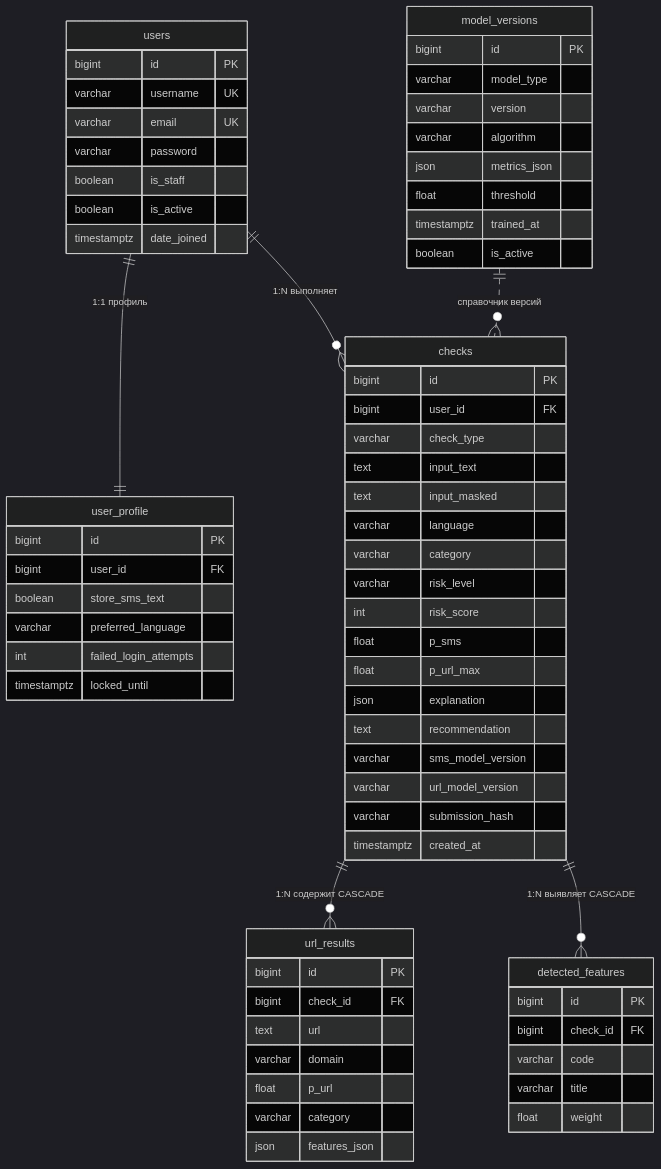
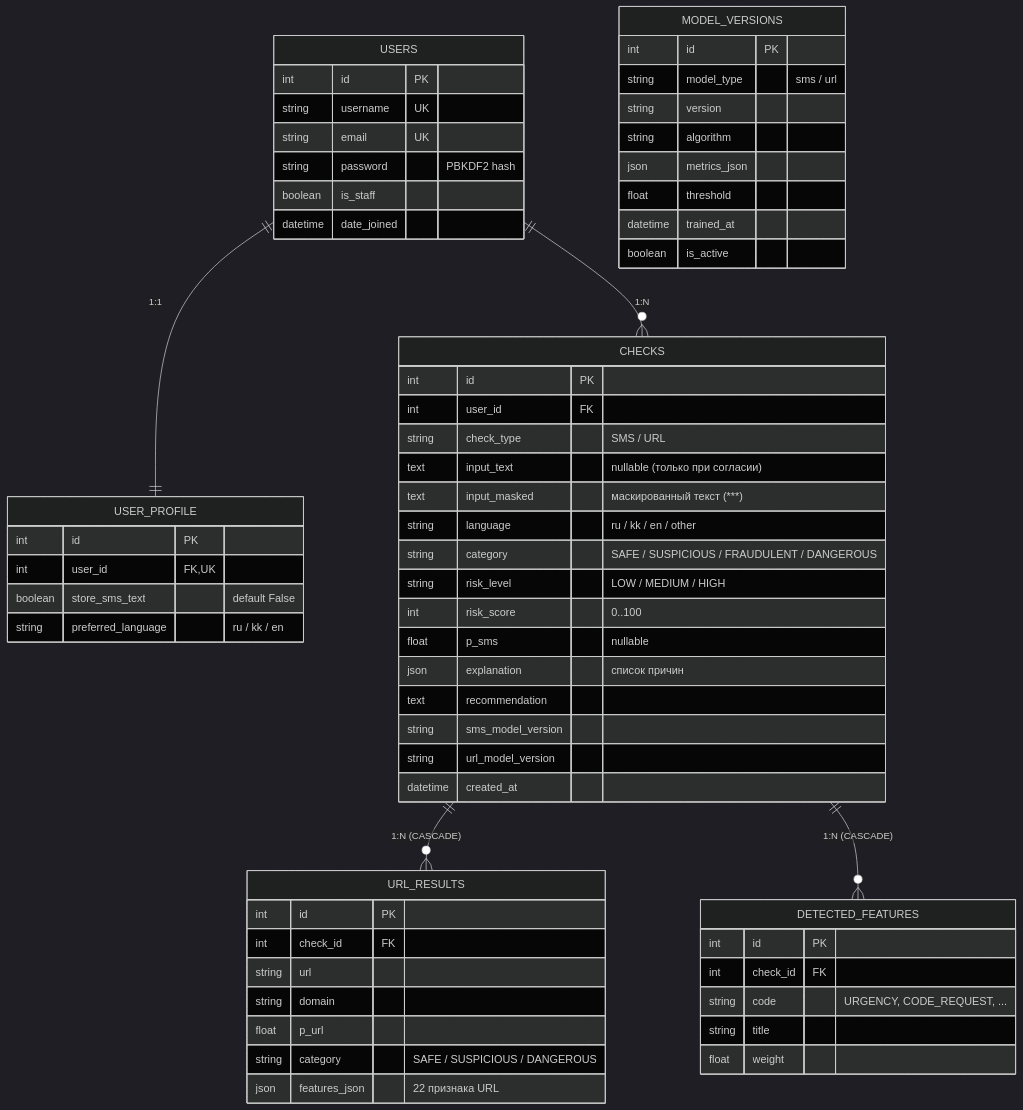
Before and after one commit to kovrik1/sms_guard: the fifth of 5 diagrams in docs/explanatory_note.md, drawn with Mermaid (dark theme). The commit also changed other lines of this file and 1 other file, not shown here.

````diff
--- a/docs/explanatory_note.md
+++ b/docs/explanatory_note.md
@@ -450,71 +323,65 @@
 ```mermaid
 erDiagram
-    users ||--|| user_profile : "1:1 профиль"
-    users ||--o{ checks : "1:N выполняет"
-    checks ||--o{ url_results : "1:N содержит CASCADE"
-    checks ||--o{ detected_features : "1:N выявляет CASCADE"
-    model_versions ||..o{ checks : "справочник версий"
+    USERS ||--|| USER_PROFILE : "1:1"
+    USERS ||--o{ CHECKS : "1:N"
+    CHECKS ||--o{ URL_RESULTS : "1:N (CASCADE)"
+    CHECKS ||--o{ DETECTED_FEATURES : "1:N (CASCADE)"
 
-    users {
-        bigint id PK
-        varchar username UK
-        varchar email UK
-        varchar password
+    USERS {
+        int id PK
+        string username UK
+        string email UK
+        string password "PBKDF2 hash"
         boolean is_staff
-        boolean is_active
-        timestamptz date_joined
+        datetime date_joined
     }
-    user_profile {
-        bigint id PK
-        bigint user_id FK
-        boolean store_sms_text
-        varchar preferred_language
-        int failed_login_attempts
-        timestamptz locked_until
+    USER_PROFILE {
+        int id PK
+        int user_id FK, UK
+        boolean store_sms_text "default False"
+        string preferred_language "ru / kk / en"
     }
-    checks {
-        bigint id PK
-        bigint user_id FK
-        varchar check_type
-        text input_text
-        text input_masked
-        varchar language
-        varchar category
-        varchar risk_level
-        int risk_score
-        float p_sms
-        float p_url_max
-        json explanation
+    CHECKS {
+        int id PK
+        int user_id FK
+        string check_type "SMS / URL"
+        text input_text "nullable (только при согласии)"
+        text input_masked "маскированный текст (***)"
+        string language "ru / kk / en / other"
+        string category "SAFE / SUSPICIOUS / FRAUDULENT / DANGEROUS"
+        string risk_level "LOW / MEDIUM / HIGH"
+        int risk_score "0..100"
+        float p_sms "nullable"
+        json explanation "список причин"
         text recommendation
-        varchar sms_model_version
-        varchar url_model_version
-        varchar submission_hash
-        timestamptz created_at
+        string sms_model_version
+        string url_model_version
+        datetime created_at
     }
-    url_results {
-        bigint id PK
-        bigint check_id FK
-        text url
-        varchar domain
+    URL_RESULTS {
+        int id PK
+        int check_id FK
+        string url
+        string domain
         float p_url
-        varchar category
-        json features_json
+        string category "SAFE / SUSPICIOUS / DANGEROUS"
+        json features_json "22 признака URL"
     }
-    detected_features {
-        bigint id PK
-        bigint check_id FK
-        varchar code
-        varchar title
+    DETECTED_FEATURES {
+        int id PK
+        int check_id FK
+        string code "URGENCY, CODE_REQUEST, ..."
+        string title
         float weight
     }
-    model_versions {
-        bigint id PK
-        varchar model_type
-        varchar version
-        varchar algorithm
+    MODEL_VERSIONS {
+        int id PK
+        string model_type "sms / url"
+        string version
+        string algorithm
         json metrics_json
         float threshold
-        timestamptz trained_at
+        datetime trained_at
         boolean is_active
     }
 ```
````
